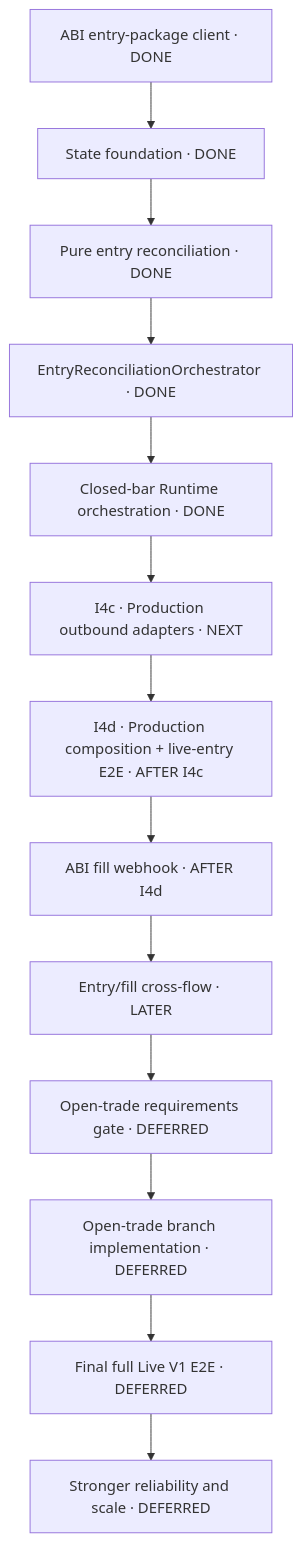
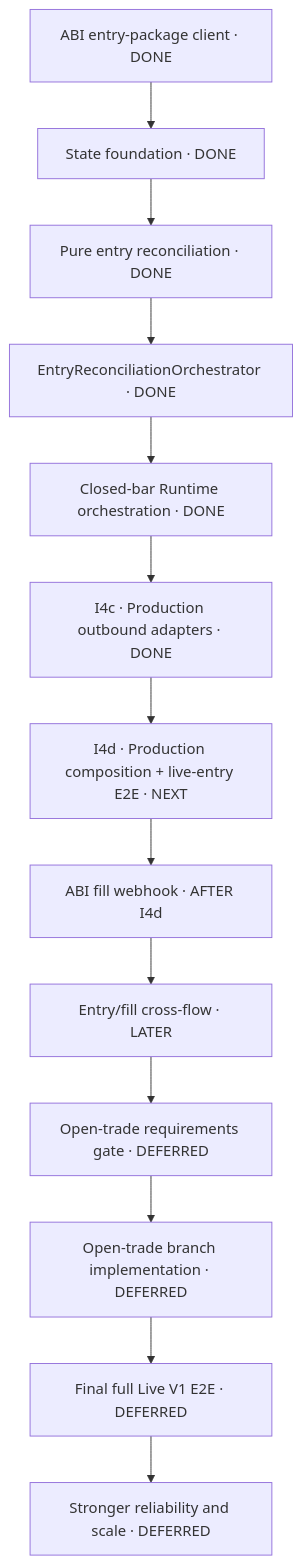
Before and after one commit to roman-vyl/strategy_runtime: the diagram in docs/system-plans/runtime-abi-entry-delivery-map.md, drawn with Mermaid. The commit also changed other lines of this file and 15 other files, not shown here.

First line of the commit message:
feat(openspec,runtime): close I4c implementation and archive runtime-production-outbound-adapters-v1

````diff
--- a/docs/system-plans/runtime-abi-entry-delivery-map.md
+++ b/docs/system-plans/runtime-abi-entry-delivery-map.md
@@ -25,20 +25,20 @@
 ```mermaid
 flowchart TD
     I1["ABI entry-package client · DONE"]
     I2["State foundation · DONE"]
     I3["Pure entry reconciliation · DONE"]
     I4A["EntryReconciliationOrchestrator · DONE"]
     I4B["Closed-bar Runtime orchestration · DONE"]
-    I4C["I4c · Production outbound adapters · NEXT"]
-    I4D["I4d · Production composition + live-entry E2E · AFTER I4c"]
+    I4C["I4c · Production outbound adapters · DONE"]
+    I4D["I4d · Production composition + live-entry E2E · NEXT"]
     I5["ABI fill webhook · AFTER I4d"]
     I6["Entry/fill cross-flow · LATER"]
     OPEN_GATE["Open-trade requirements gate · DEFERRED"]
     OPEN_IMPL["Open-trade branch implementation · DEFERRED"]
     FINAL["Final full Live V1 E2E · DEFERRED"]
     FUTURE["Stronger reliability and scale · DEFERRED"]
 
     I1 --> I2 --> I3 --> I4A --> I4B
     I4B --> I4C --> I4D --> I5 --> I6
     I6 --> OPEN_GATE --> OPEN_IMPL --> FINAL --> FUTURE
 ```
````
